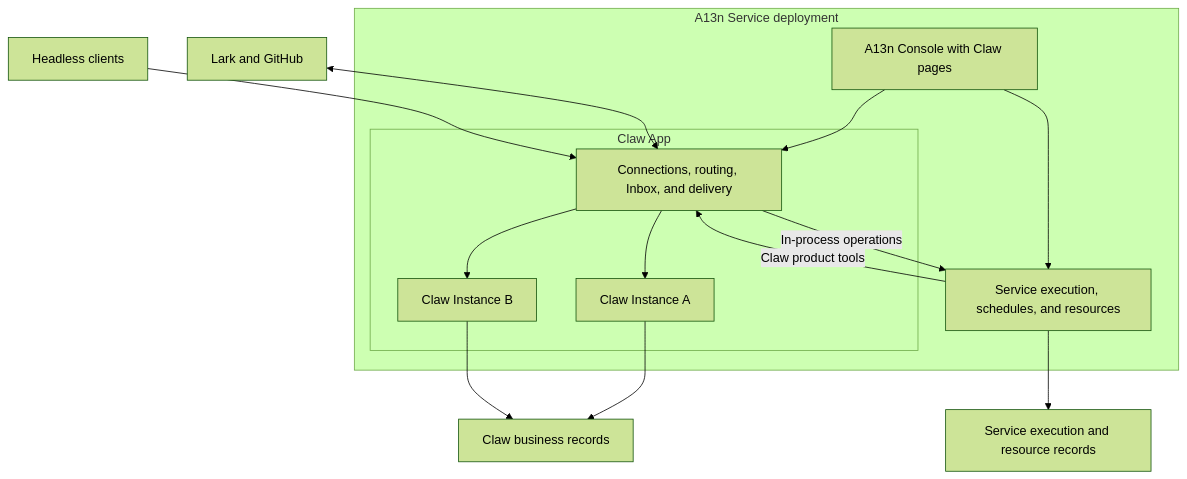
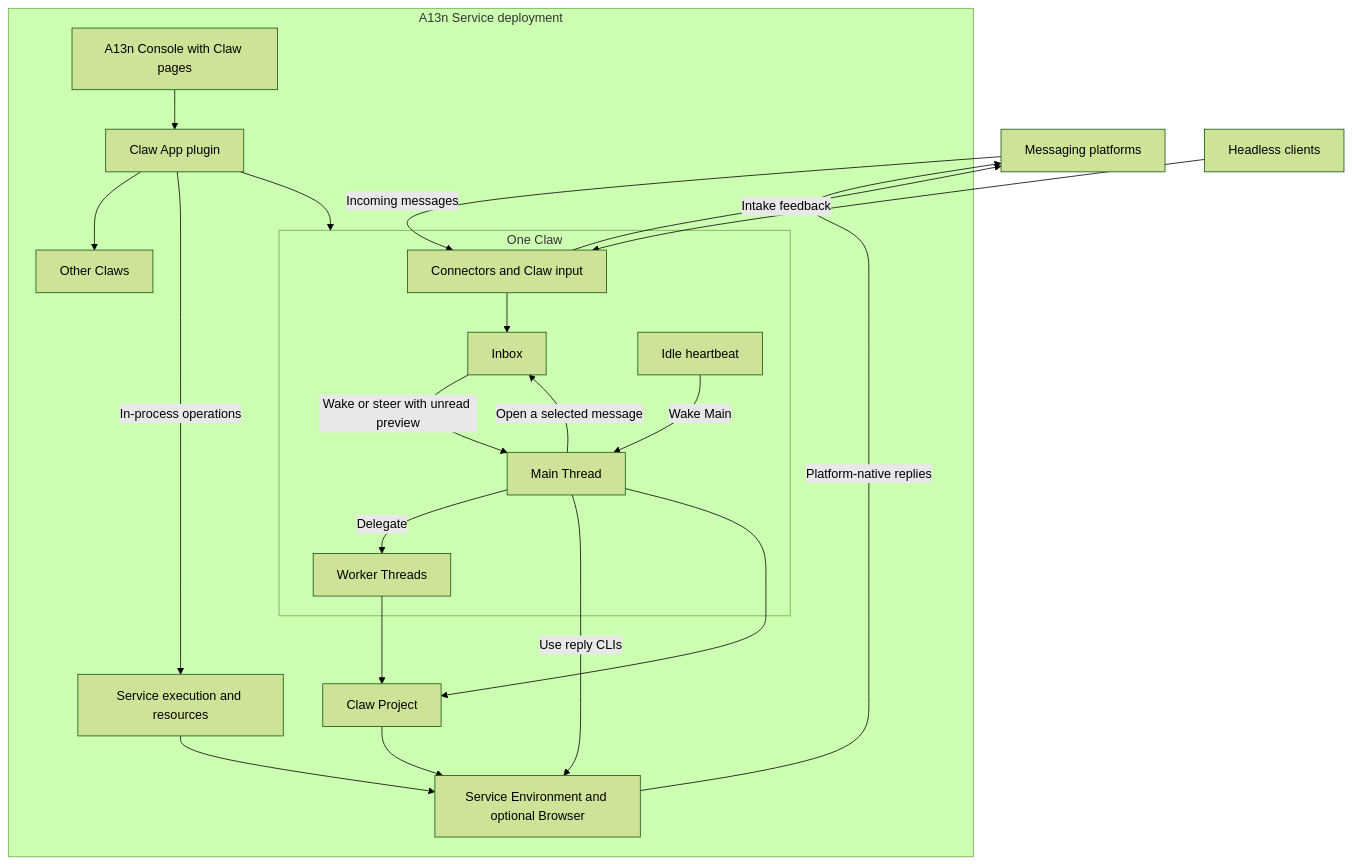
Before and after one commit to Wh1isper/a13n-claw: the first of 2 diagrams in spec/00-overview.md, drawn with Mermaid (forest theme). The commit also changed other lines of this file and 6 other files, not shown here.

Commit message:
docs(spec): define inbox-first Claw workflows

````diff
--- a/spec/00-overview.md
+++ b/spec/00-overview.md
@@ -11,25 +11,38 @@
 ```mermaid
 flowchart TB
-    Platforms[Lark and GitHub]
+    Platforms[Messaging platforms]
     Clients[Headless clients]
     subgraph Deployment[A13n Service deployment]
         Console[A13n Console with Claw pages]
-        subgraph App[Claw App]
-            Product[Connections, routing, Inbox, and delivery]
-            A[Claw Instance A]
-            B[Claw Instance B]
-            Product --> A
-            Product --> B
+        App[Claw App plugin]
+        subgraph A[One Claw]
+            Connector[Connectors and Claw input]
+            Inbox[Inbox]
+            Main[Main Thread]
+            Workers[Worker Threads]
+            Heartbeat[Idle heartbeat]
+            Connector --> Inbox
+            Inbox -->|Wake or steer with unread preview| Main
+            Main -->|Open a selected message| Inbox
+            Main -->|Delegate| Workers
+            Heartbeat -->|Wake Main| Main
         end
-        Service[Service execution, schedules, and resources]
-        Console --> Product
-        Console --> Service
-        Product -->|In-process operations| Service
-        Service -->|Claw product tools| Product
+        B[Other Claws]
+        Service[Service execution and resources]
+        Project[Claw Project]
+        Work[Service Environment and optional Browser]
+        Console --> App
+        App --> A
+        App --> B
+        App -->|In-process operations| Service
+        Main -->|Use reply CLIs| Work
+        Main --> Project
+        Workers --> Project
+        Project --> Work
+        Service --> Work
     end
-    Platforms <--> Product
-    Clients --> Product
-    A --> AppState[Claw business records]
-    B --> AppState
-    Service --> NativeState[Service execution and resource records]
+    Platforms -->|Incoming messages| Connector
+    Connector -->|Intake feedback| Platforms
+    Work -->|Platform-native replies| Platforms
+    Clients --> Connector
 ```
````
